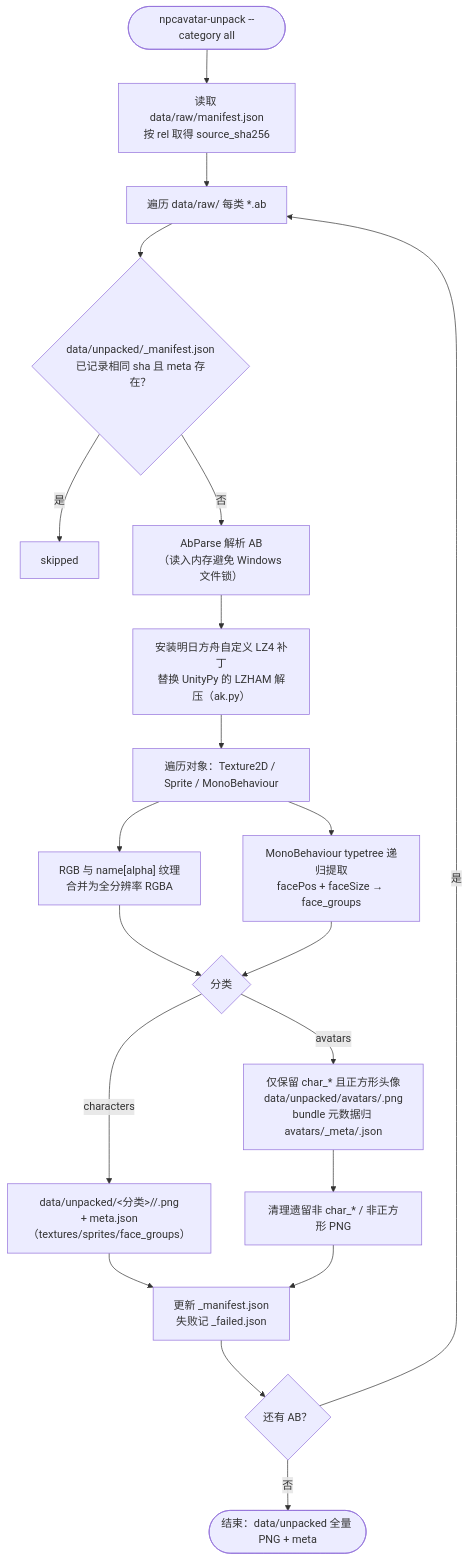
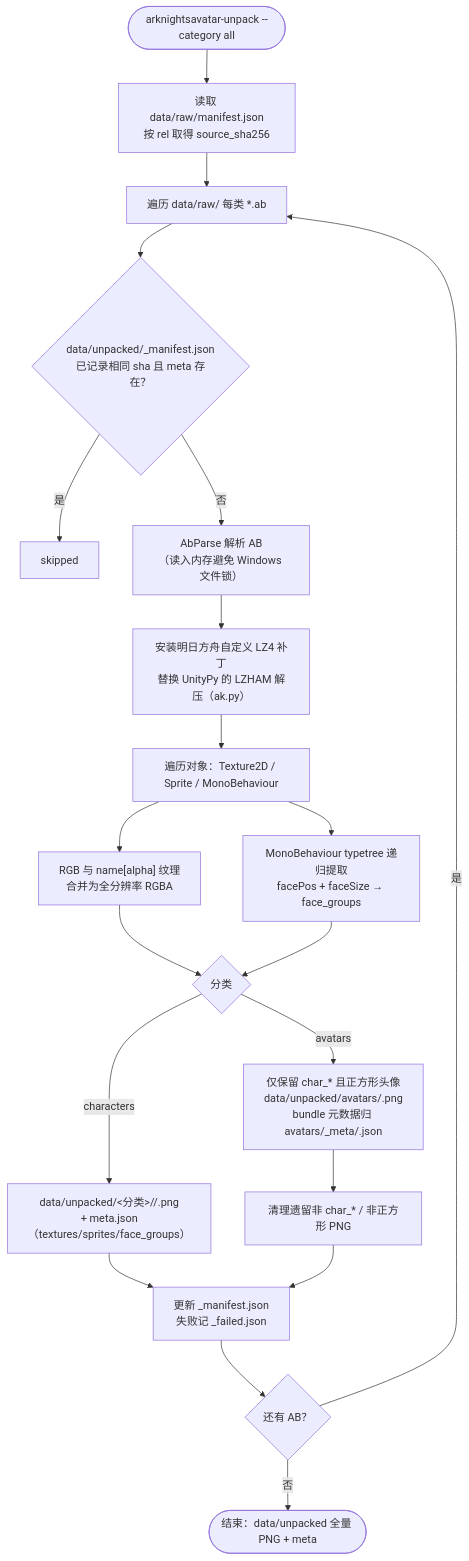
The third of 11 diagrams in docs/生产流程图.md (Arkfans/ArknightsAvatar), drawn with Mermaid before and after one commit. The commit also changed other lines of this file and 120 other files, not shown here.

````diff
--- a/docs/生产流程图.md
+++ b/docs/生产流程图.md
@@ -84,22 +114,22 @@
 ```mermaid
 flowchart TD
-    Start(["npcavatar-unpack --category all"]) --> Load["读取 data/raw/manifest.json<br/>按 rel 取得 source_sha256"]
+    Start(["arknightsavatar-unpack --category all"]) --> Load["读取 data/raw/manifest.json<br/>按 rel 取得 source_sha256"]
     Load --> Iter["遍历 data/raw/ 每类 *.ab"]
     Iter --> Inc{"data/unpacked/_manifest.json<br/>已记录相同 sha 且 meta 存在？"}
     Inc -->|"是"| Skip["skipped"]
     Inc -->|"否"| Parse["AbParse 解析 AB<br/>（读入内存避免 Windows 文件锁）"]
     Parse --> Patch["安装明日方舟自定义 LZ4 补丁<br/>替换 UnityPy 的 LZHAM 解压（ak.py）"]
     Patch --> Obj["遍历对象：Texture2D / Sprite / MonoBehaviour"]
     Obj --> RGBA["RGB 与 name[alpha] 纹理<br/>合并为全分辨率 RGBA"]
     Obj --> Meta["MonoBehaviour typetree 递归提取<br/>facePos + faceSize → face_groups"]
     RGBA --> Cat2{"分类"}
     Meta --> Cat2
     Cat2 -->|"characters"| Item["data/unpacked/<分类>/<id>/<name>.png<br/>+ meta.json（textures/sprites/face_groups）"]
     Cat2 -->|"avatars"| Ava["仅保留 char_* 且正方形头像<br/>data/unpacked/avatars/<name>.png<br/>bundle 元数据归 avatars/_meta/<bundle>.json"]
     Item --> Upd["更新 _manifest.json<br/>失败记 _failed.json"]
     Ava --> Prune["清理遗留非 char_* / 非正方形 PNG"]
     Prune --> Upd
     Upd --> More{"还有 AB？"}
     More -->|"是"| Iter
     More -->|"否"| Done2(["结束：data/unpacked 全量 PNG + meta"])
 ```
````
